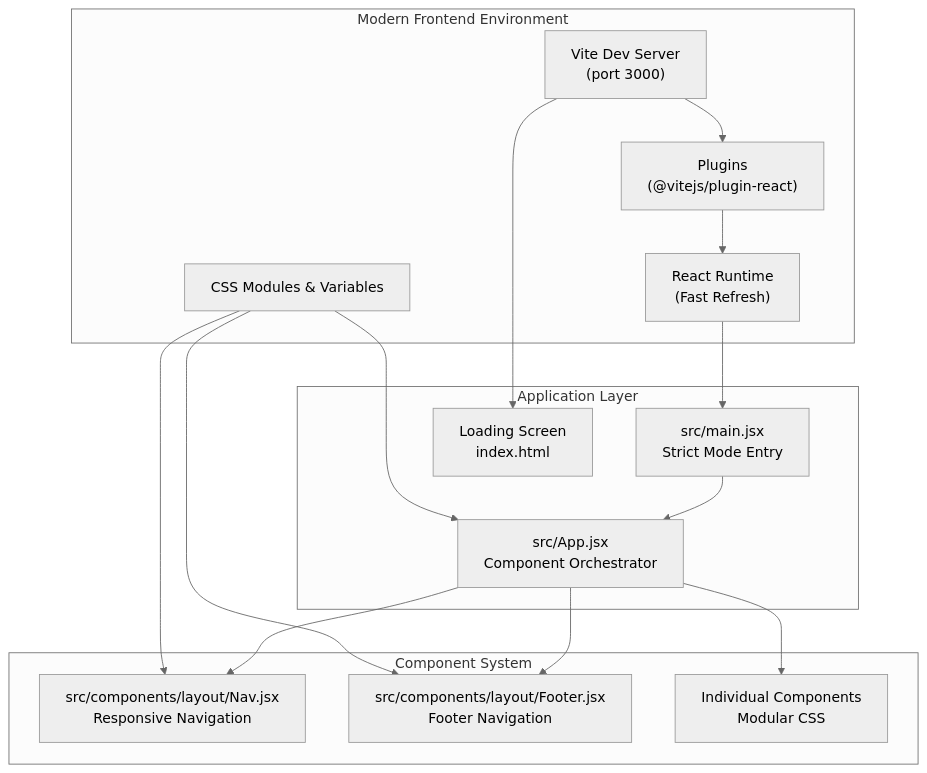
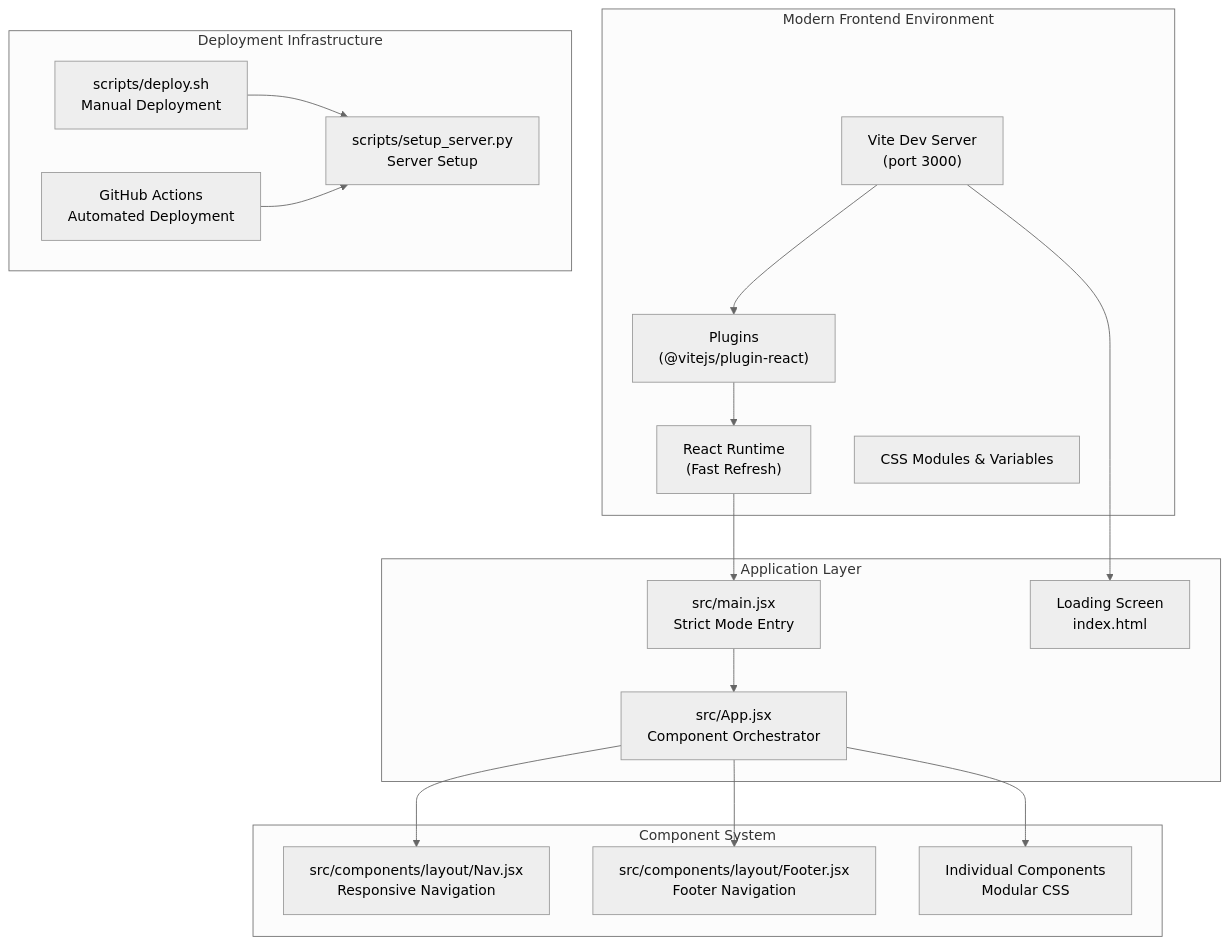
One commit to rakeshmaity271/frankie-picasso changed the second of 8 diagrams in .qoder/repowiki/en/content/Development Tools.md. Above: the diagram before and after it, drawn with Mermaid (neutral theme). The commit also changed other lines of this file and 23 other files, not shown here.

````diff
--- a/.qoder/repowiki/en/content/Development Tools.md
+++ b/.qoder/repowiki/en/content/Development Tools.md
@@ -117,30 +126,34 @@
 ```mermaid
 graph TB
 subgraph "Modern Frontend Environment"
 V["Vite Dev Server<br/>(port 3000)"]
 R["React Runtime<br/>(Fast Refresh)"]
 P["Plugins<br/>(@vitejs/plugin-react)"]
 CSS["CSS Modules & Variables"]
 end
 subgraph "Application Layer"
 M["src/main.jsx<br/>Strict Mode Entry"]
 A["src/App.jsx<br/>Component Orchestrator"]
 L["Loading Screen<br/>index.html"]
 end
 subgraph "Component System"
 NAV["src/components/layout/Nav.jsx<br/>Responsive Navigation"]
 FOOTER["src/components/layout/Footer.jsx<br/>Footer Navigation"]
 COMP["Individual Components<br/>Modular CSS"]
 end
+subgraph "Deployment Infrastructure"
+DEPLOY["scripts/deploy.sh<br/>Manual Deployment"]
+GITHUB["GitHub Actions<br/>Automated Deployment"]
+SETUP["scripts/setup_server.py<br/>Server Setup"]
+end
 V --> P
 P --> R
 R --> M
 M --> A
 V --> L
 A --> NAV
 A --> FOOTER
 A --> COMP
-CSS --> A
-CSS --> NAV
-CSS --> FOOTER
+DEPLOY --> SETUP
+GITHUB --> SETUP
 ```
````
